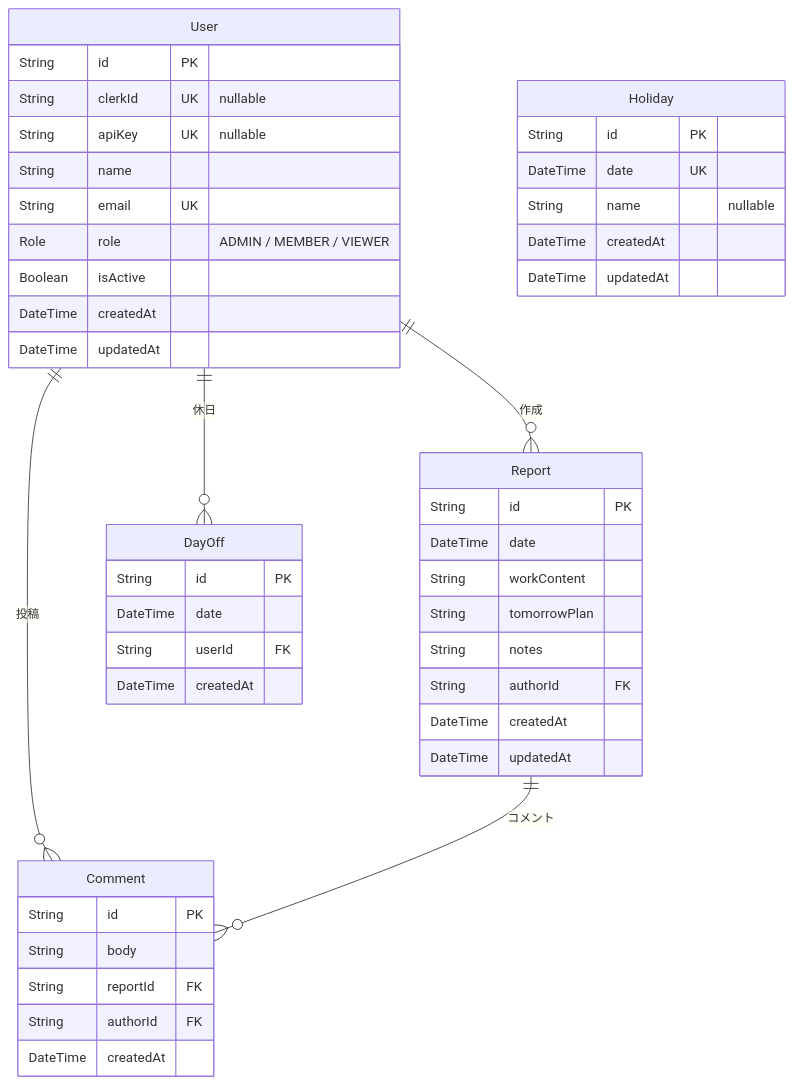
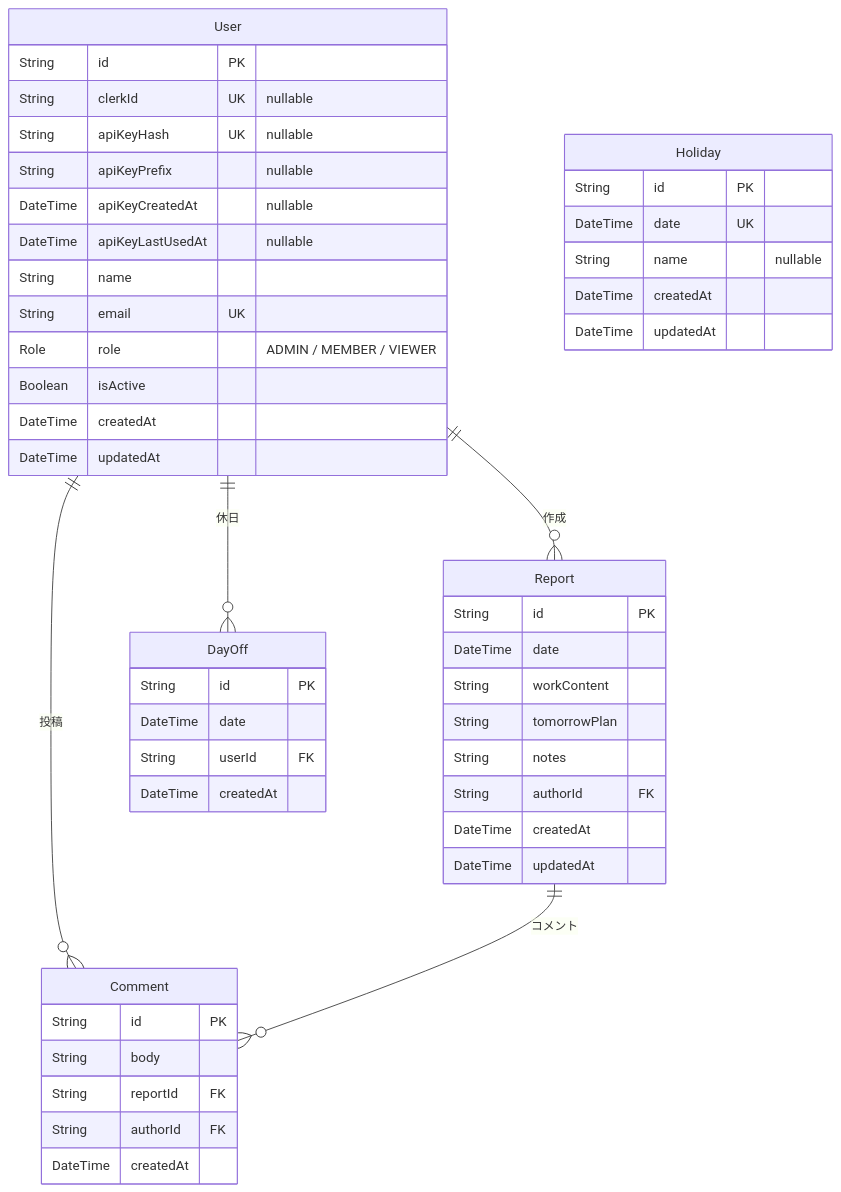
One commit to ot-nemoto/daily-hub changed the diagram in docs/schema.md. Above: the diagram before and after it, drawn with Mermaid. The commit also changed other lines of this file and 18 other files, not shown here.

````diff
--- a/docs/schema.md
+++ b/docs/schema.md
@@ -16,48 +16,51 @@
 ```mermaid
 erDiagram
     User {
         String id PK
         String clerkId UK "nullable"
-        String apiKey UK "nullable"
+        String apiKeyHash UK "nullable"
+        String apiKeyPrefix "nullable"
+        DateTime apiKeyCreatedAt "nullable"
+        DateTime apiKeyLastUsedAt "nullable"
         String name
         String email UK
         Role role "ADMIN / MEMBER / VIEWER"
         Boolean isActive
         DateTime createdAt
         DateTime updatedAt
     }
     Report {
         String id PK
         DateTime date
         String workContent
         String tomorrowPlan
         String notes
         String authorId FK
         DateTime createdAt
         DateTime updatedAt
     }
     Comment {
         String id PK
         String body
         String reportId FK
         String authorId FK
         DateTime createdAt
     }
     DayOff {
         String id PK
         DateTime date
         String userId FK
         DateTime createdAt
     }
     Holiday {
         String id PK
         DateTime date UK
         String name "nullable"
         DateTime createdAt
         DateTime updatedAt
     }
     User ||--o{ Report : "作成"
     User ||--o{ Comment : "投稿"
     Report ||--o{ Comment : "コメント"
     User ||--o{ DayOff : "休日"
 ```
````
